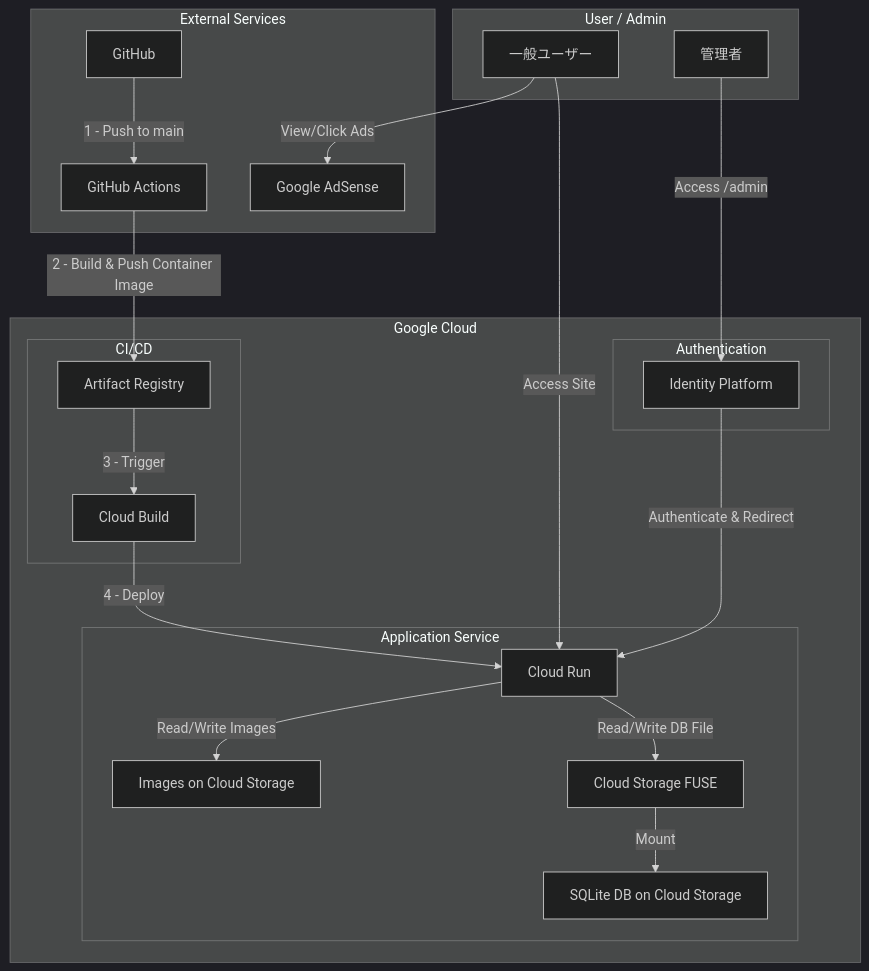
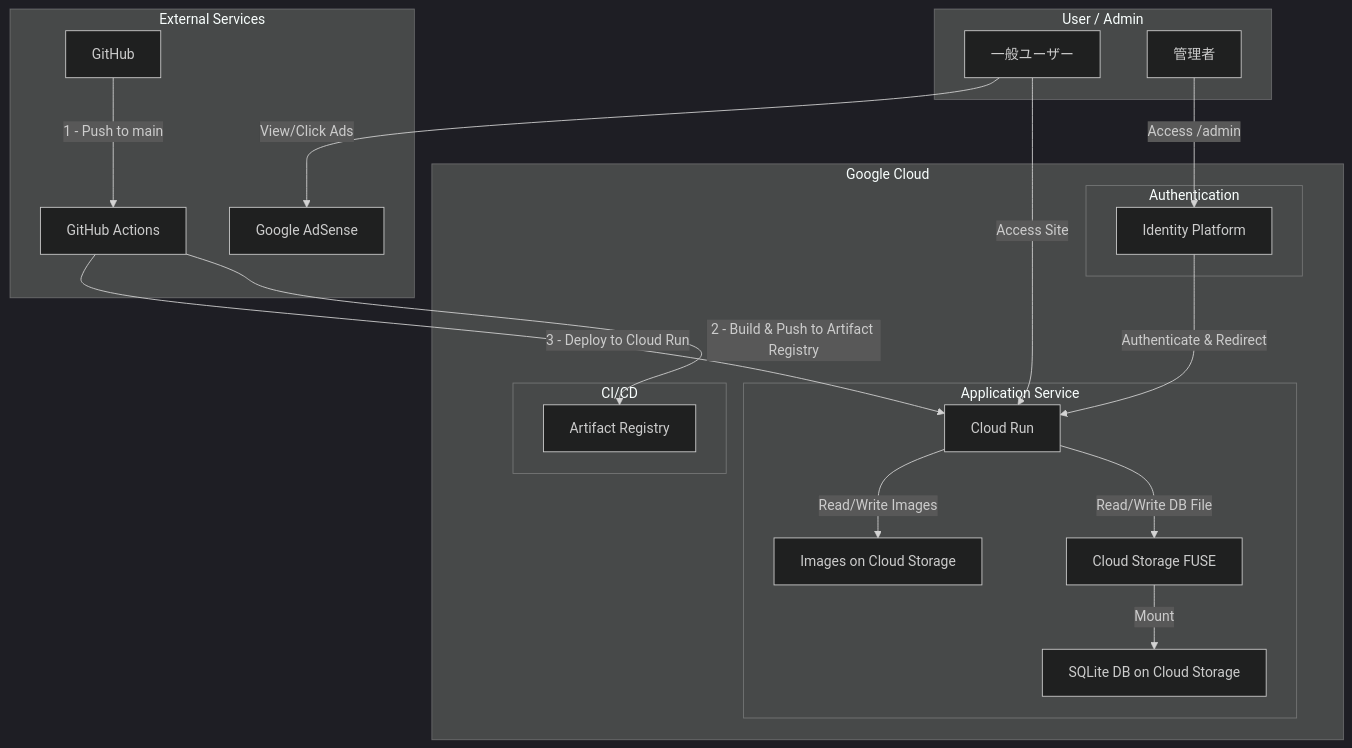
The first of 3 diagrams in docs/02_bd/04_infrastructure_architecture_design.md (detianitatibs/shanari-gemini), drawn with Mermaid (dark theme) before and after one commit. The commit also changed other lines of this file and 4 other files, not shown here.

````diff
--- a/docs/02_bd/04_infrastructure_architecture_design.md
+++ b/docs/02_bd/04_infrastructure_architecture_design.md
@@ -7,44 +7,42 @@
 ```mermaid
 graph TD
     subgraph "User / Admin"
         User[一般ユーザー]
         Admin[管理者]
     end
 
     subgraph "External Services"
         GitHub
         GHActions[GitHub Actions]
         AdSense[Google AdSense]
     end
 
     subgraph "Google Cloud"
         subgraph "CI/CD"
             ArtifactRegistry[Artifact Registry]
-            CloudBuild[Cloud Build]
         end
 
         subgraph "Application Service"
             CloudRun[Cloud Run]
             GCSFuse[Cloud Storage FUSE]
             SQLiteDB["SQLite DB on Cloud Storage"]
             Images["Images on Cloud Storage"]
         end
 
         subgraph "Authentication"
             IdentityPlatform[Identity Platform]
         end
     end
 
     User -- "Access Site" --> CloudRun
     User -- "View/Click Ads" --> AdSense
     Admin -- "Access /admin" --> IdentityPlatform
     IdentityPlatform -- "Authenticate & Redirect" --> CloudRun
 
     GitHub -- "1 - Push to main" --> GHActions
-    GHActions -- "2 - Build & Push Container Image" --> ArtifactRegistry
-    ArtifactRegistry -- "3 - Trigger" --> CloudBuild
-    CloudBuild -- "4 - Deploy" --> CloudRun
+    GHActions -- "2 - Build & Push to Artifact Registry" --> ArtifactRegistry
+    GHActions -- "3 - Deploy to Cloud Run" --> CloudRun
     CloudRun -- "Read/Write DB File" --> GCSFuse
     GCSFuse -- "Mount" --> SQLiteDB
     CloudRun -- "Read/Write Images" --> Images
 ```
````
